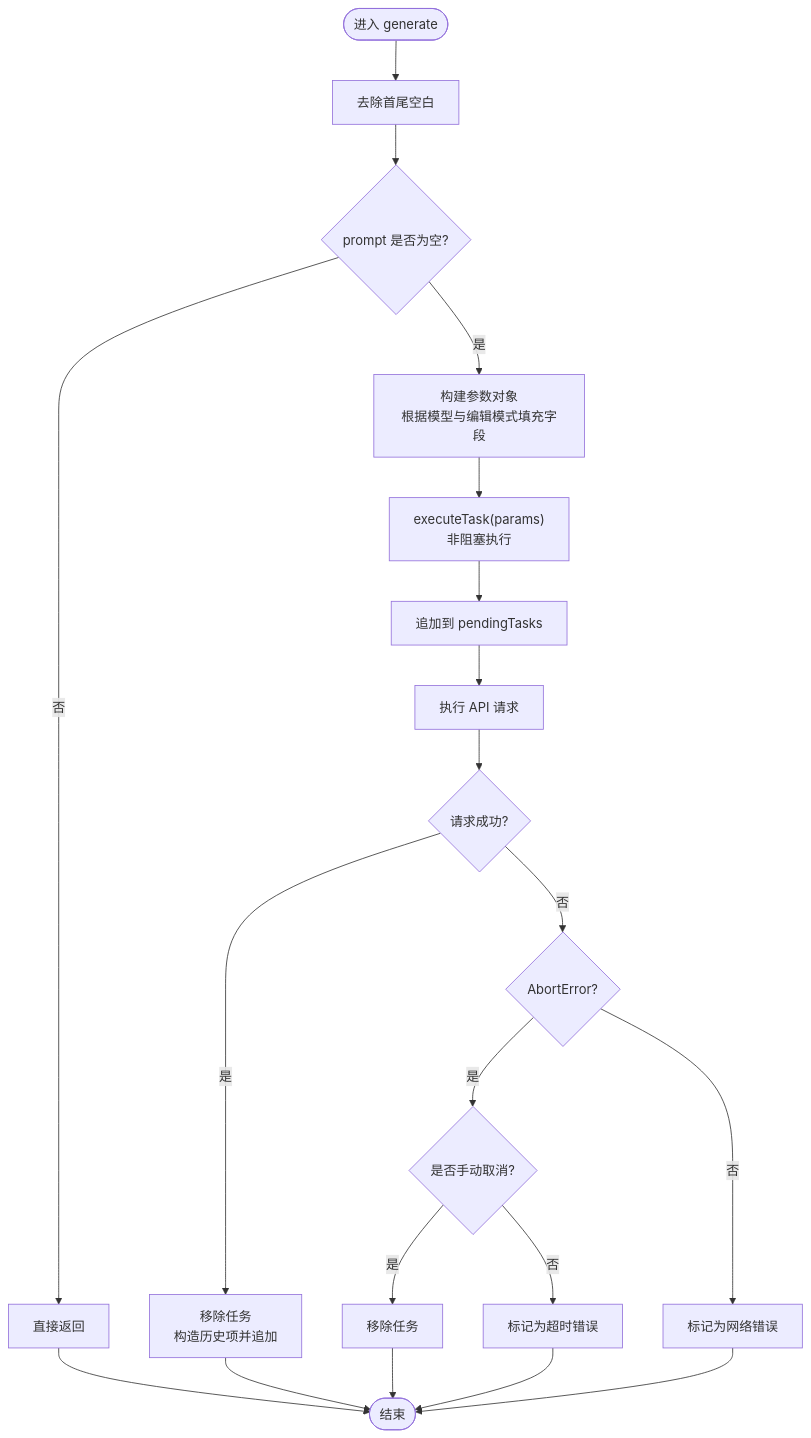
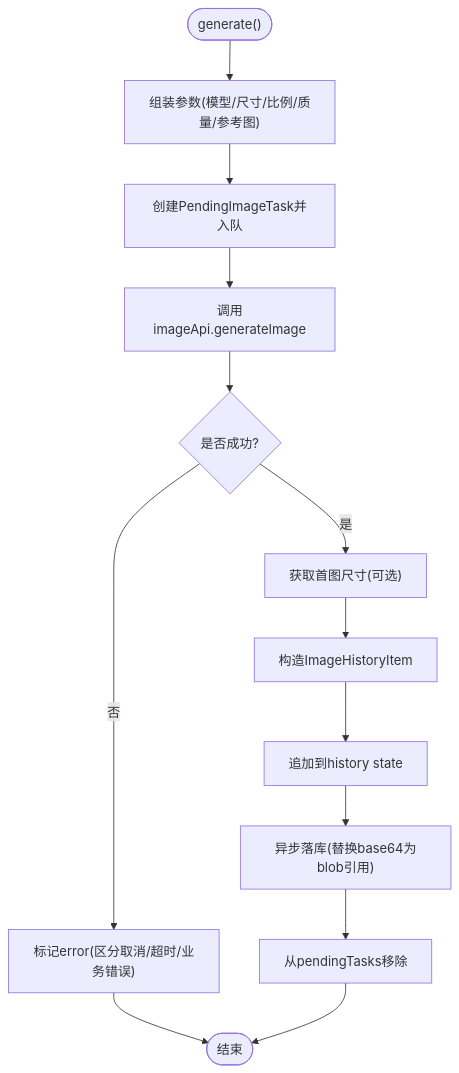
One commit to billye220670/AIShop changed the third of 5 diagrams in .qoder/repowiki/zh/content/图像生成功能/图像状态管理.md. Above: the diagram before and after it, drawn with Mermaid. The commit also changed other lines of this file and 135 other files, not shown here.

````diff
--- a/.qoder/repowiki/zh/content/图像生成功能/图像状态管理.md
+++ b/.qoder/repowiki/zh/content/图像生成功能/图像状态管理.md
@@ -147,22 +123,15 @@
 ```mermaid
 flowchart TD
-Start(["进入 generate"]) --> Trim["去除首尾空白"]
-Trim --> Valid{"prompt 是否为空?"}
-Valid --> |否| EndEmpty["直接返回"]
-Valid --> |是| Build["构建参数对象<br/>根据模型与编辑模式填充字段"]
-Build --> NonBlock["executeTask(params)<br/>非阻塞执行"]
-NonBlock --> Queue["追加到 pendingTasks"]
-Queue --> Exec["执行 API 请求"]
-Exec --> Ok{"请求成功?"}
-Ok --> |是| Success["移除任务<br/>构造历史项并追加"]
-Ok --> |否| Err{"AbortError?"}
-Err --> |是| Manual{"是否手动取消?"}
-Manual --> |是| Remove["移除任务"]
-Manual --> |否| Timeout["标记为超时错误"]
-Err --> |否| NetErr["标记为网络错误"]
-Success --> End(["结束"])
-Timeout --> End
-NetErr --> End
-Remove --> End
-EndEmpty --> End
+Start(["generate()"]) --> BuildParams["组装参数(模型/尺寸/比例/质量/参考图)"]
+BuildParams --> Enqueue["创建PendingImageTask并入队"]
+Enqueue --> CallAPI["调用imageApi.generateImage"]
+CallAPI --> Ok{"是否成功?"}
+Ok -- 否 --> MarkErr["标记error(区分取消/超时/业务错误)"]
+MarkErr --> End(["结束"])
+Ok -- 是 --> GetDims["获取首图尺寸(可选)"]
+GetDims --> CreateItem["构造ImageHistoryItem"]
+CreateItem --> AppendHist["追加到history state"]
+AppendHist --> Persist["异步落库(替换base64为blob引用)"]
+Persist --> RemoveTask["从pendingTasks移除"]
+RemoveTask --> End
 ```
````
